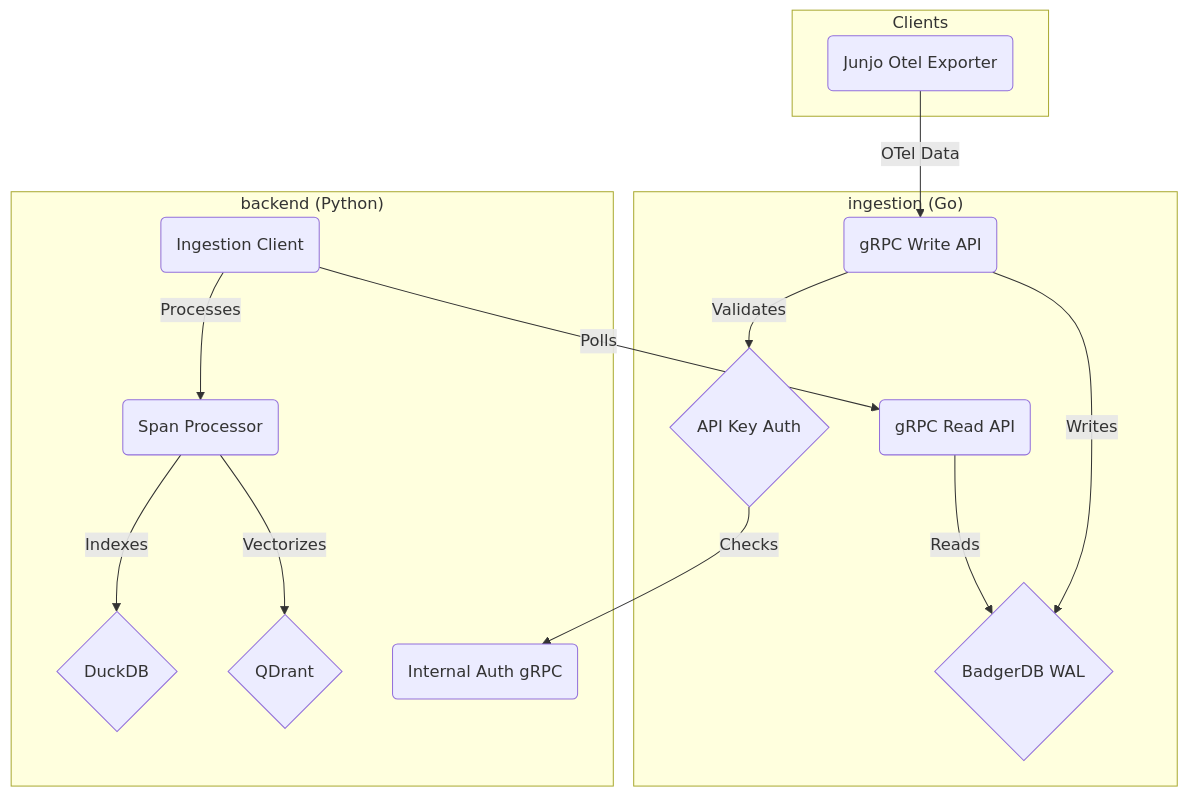
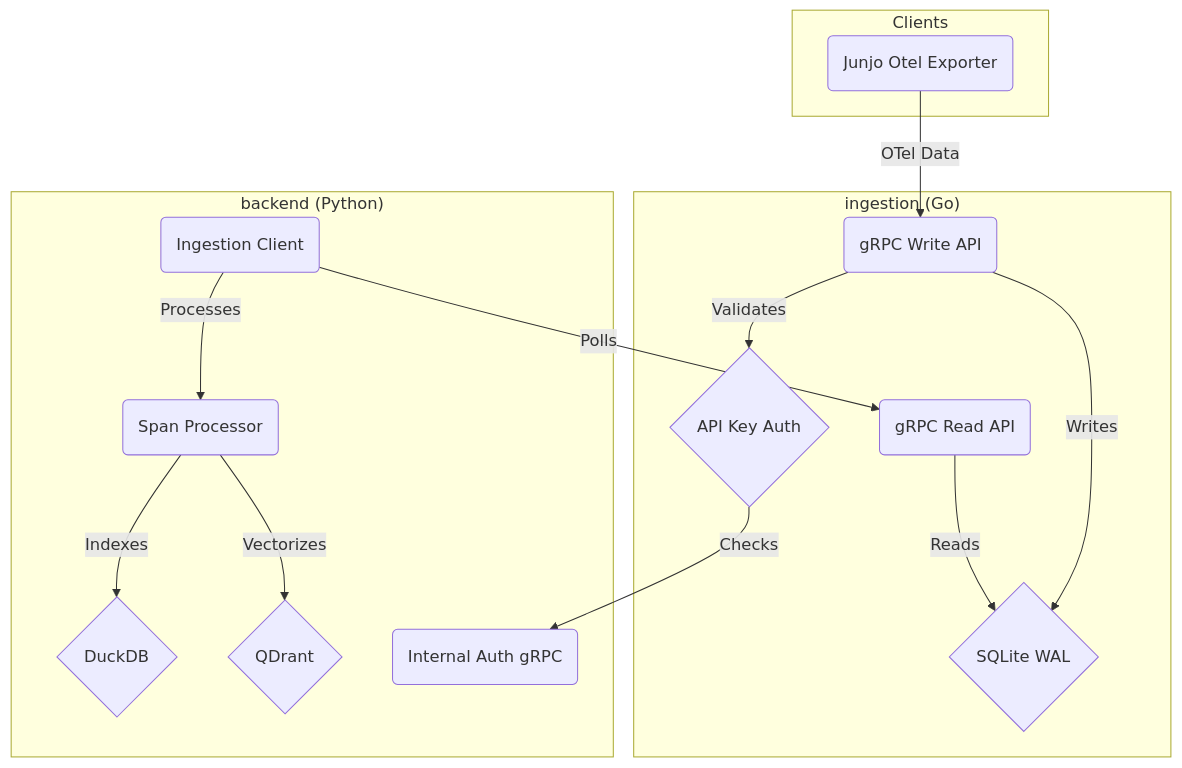
Before and after one commit to mdrideout/junjo-ai-studio: the first of 2 diagrams in AGENTS.md, drawn with Mermaid. The commit also changed other lines of this file and 25 other files, not shown here.

Commit message:
Scaffolded the switch from BadgerDB to SQLite for the ingestion WAL.

````diff
--- a/AGENTS.md
+++ b/AGENTS.md
@@ -46,28 +46,28 @@
 ```mermaid
 flowchart TD
  subgraph ingestion["ingestion (Go)"]
-        WAL{"BadgerDB WAL"}
+        WAL{"SQLite WAL"}
         ReadAPI("gRPC Read API")
         WriteAPI("gRPC Write API")
         APIKeyAuth{"API Key Auth"}
   end
  subgraph backend["backend (Python)"]
         IngestionClient("Ingestion Client")
         Processor("Span Processor")
         DuckDB{"DuckDB"}
         QDrant{"QDrant"}
         InternalAuth("Internal Auth gRPC")
   end
  subgraph clients["Clients"]
         Exporter("Junjo Otel Exporter")
   end
     ReadAPI -- Reads --> WAL
     WriteAPI -- Writes --> WAL
     WriteAPI -- Validates --> APIKeyAuth
     APIKeyAuth -- Checks --> InternalAuth
     IngestionClient -- Polls --> ReadAPI
     IngestionClient -- Processes --> Processor
     Processor -- Indexes --> DuckDB
     Processor -- Vectorizes --> QDrant
     Exporter -- OTel Data --> WriteAPI
 ```
````
